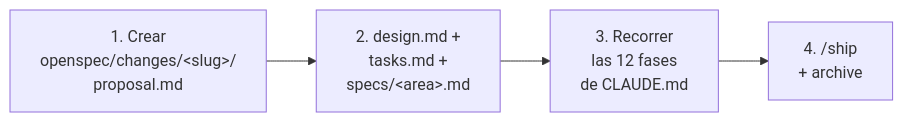
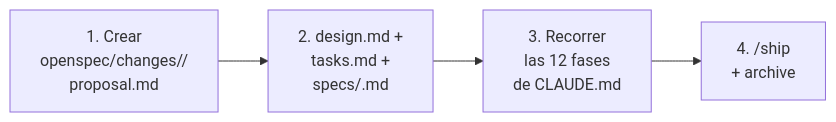
The tenth of 10 diagrams in docs/adlc-workflow.md (juananmora/adlc-claude-code-workspace), drawn with Mermaid before and after one commit. The commit also changed other lines of this file, not shown here.

First line of the commit message:
fix(docs): mermaid sintaxis + decodificar entidades HTML + quitar Accenture

````diff
--- a/docs/adlc-workflow.md
+++ b/docs/adlc-workflow.md
@@ -859,6 +859,6 @@
 ```mermaid
 flowchart LR
-    A[1. Crear<br/>openspec/changes/&lt;slug&gt;/<br/>proposal.md] --> B[2. design.md +<br/>tasks.md +<br/>specs/&lt;area&gt;.md]
+    A[1. Crear<br/>openspec/changes/<slug>/<br/>proposal.md] --> B[2. design.md +<br/>tasks.md +<br/>specs/<area>.md]
     B --> C[3. Recorrer<br/>las 12 fases<br/>de CLAUDE.md]
-    C --> D[4. /ship<br/>+ archive]
+    C --> D["4. /ship<br/>+ archive"]
 ```
````
